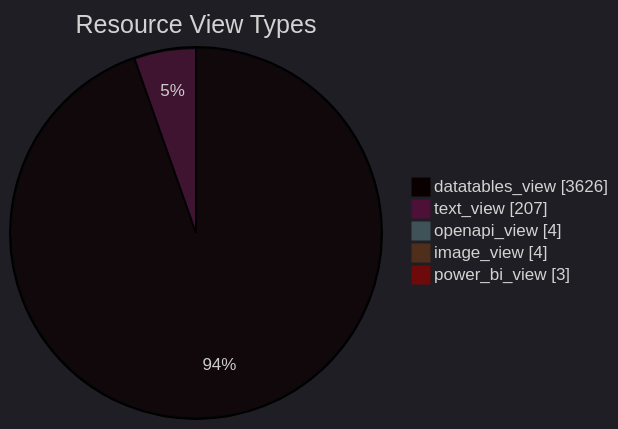
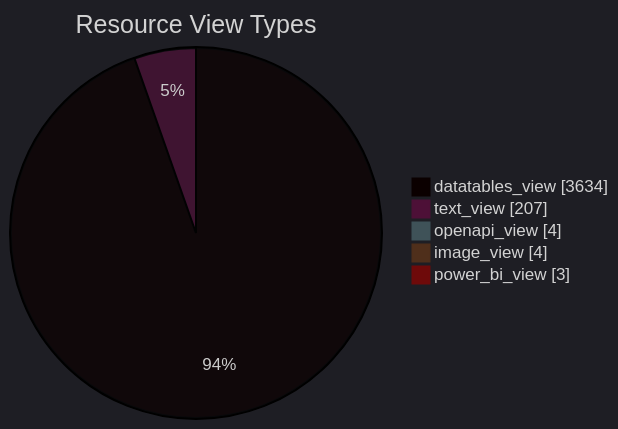
The diagram in datastore_tracker/resource_view_types_pie_chart.md (open-data/analytics-corporate-reporting), drawn with Mermaid before and after one commit. The commit also changed 9 other files, not shown here.

````diff
--- a/datastore_tracker/resource_view_types_pie_chart.md
+++ b/datastore_tracker/resource_view_types_pie_chart.md
@@ -2,12 +2,12 @@
 ```mermaid
 ---
 config:
   theme: dark
 ---
 pie showData title Resource View Types
-    "datatables_view": 3626
+    "datatables_view": 3634
     "text_view": 207
     "openapi_view": 4
     "image_view": 4
     "power_bi_view": 3
 ```
````
